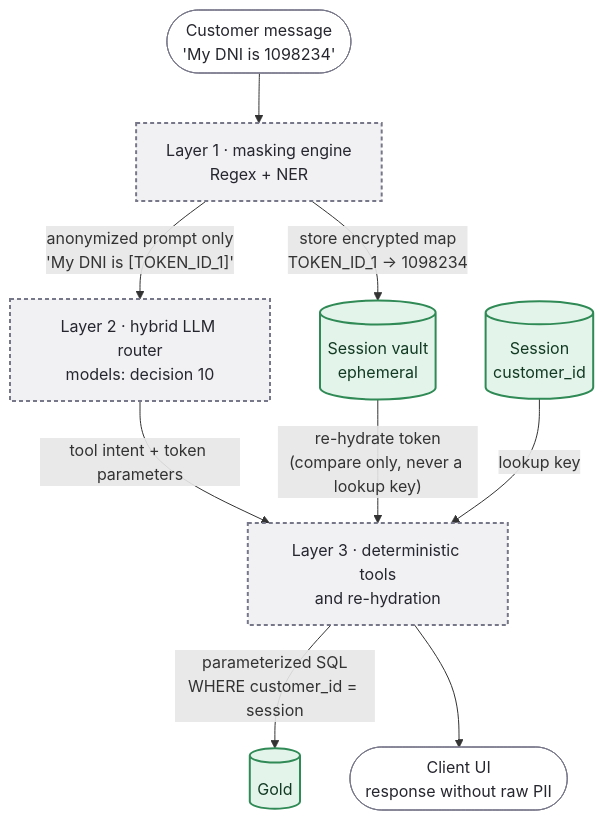
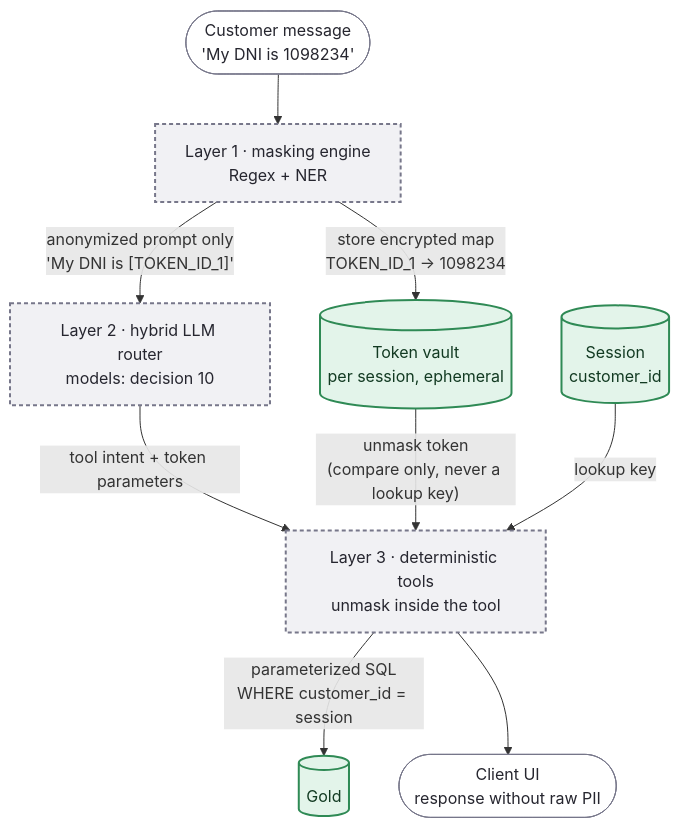
One commit to rdorta27/factored-hackathon-2026-sentinel-engine changed the second of 5 diagrams in docs/build/architecture-roadmap.md. Above: the diagram before and after it, drawn with Mermaid. The commit also changed other lines of this file and 2 other files, not shown here.

First line of the commit message:
docs: use mask and unmask instead of re-hydration

````diff
--- a/docs/build/architecture-roadmap.md
+++ b/docs/build/architecture-roadmap.md
@@ -43,20 +43,20 @@
 ```mermaid
 flowchart TD
     msg(["Customer message<br/>'My DNI is 1098234'"]) --> mask["Layer 1 · masking engine<br/>Regex + NER"]
-    mask -- "store encrypted map<br/>TOKEN_ID_1 → 1098234" --> vault[("Session vault<br/>ephemeral")]
+    mask -- "store encrypted map<br/>TOKEN_ID_1 → 1098234" --> vault[("Token vault<br/>per session, ephemeral")]
     mask -- "anonymized prompt only<br/>'My DNI is [TOKEN_ID_1]'" --> llm["Layer 2 · hybrid LLM router<br/>models: decision 10"]
-    llm -- "tool intent + token parameters" --> tools["Layer 3 · deterministic tools<br/>and re-hydration"]
-    vault -- "re-hydrate token<br/>(compare only, never a lookup key)" --> tools
+    llm -- "tool intent + token parameters" --> tools["Layer 3 · deterministic tools<br/>unmask inside the tool"]
+    vault -- "unmask token<br/>(compare only, never a lookup key)" --> tools
     session[("Session<br/>customer_id")] -- "lookup key" --> tools
     tools -- "parameterized SQL<br/>WHERE customer_id = session" --> db[("Gold")]
     tools --> ui(["Client UI<br/>response without raw PII"])
 
     classDef real fill:#dde3ff,stroke:#5b4fd6,stroke-width:2px,color:#1b1640
     classDef mock fill:#ffe9c7,stroke:#c77d12,stroke-width:2px,stroke-dasharray:6 4,color:#3a2a00
     classDef store fill:#e3f4ea,stroke:#2f8a55,stroke-width:2px,color:#123a22
     classDef proposed fill:#f1f1f4,stroke:#77778a,stroke-width:2px,stroke-dasharray:4 3,color:#26262f
     classDef ext fill:#ffffff,stroke:#77778a,stroke-width:1px,color:#26262f
     class msg,ui ext
     class mask,llm,tools proposed
     class vault,session,db store
 ```
````
